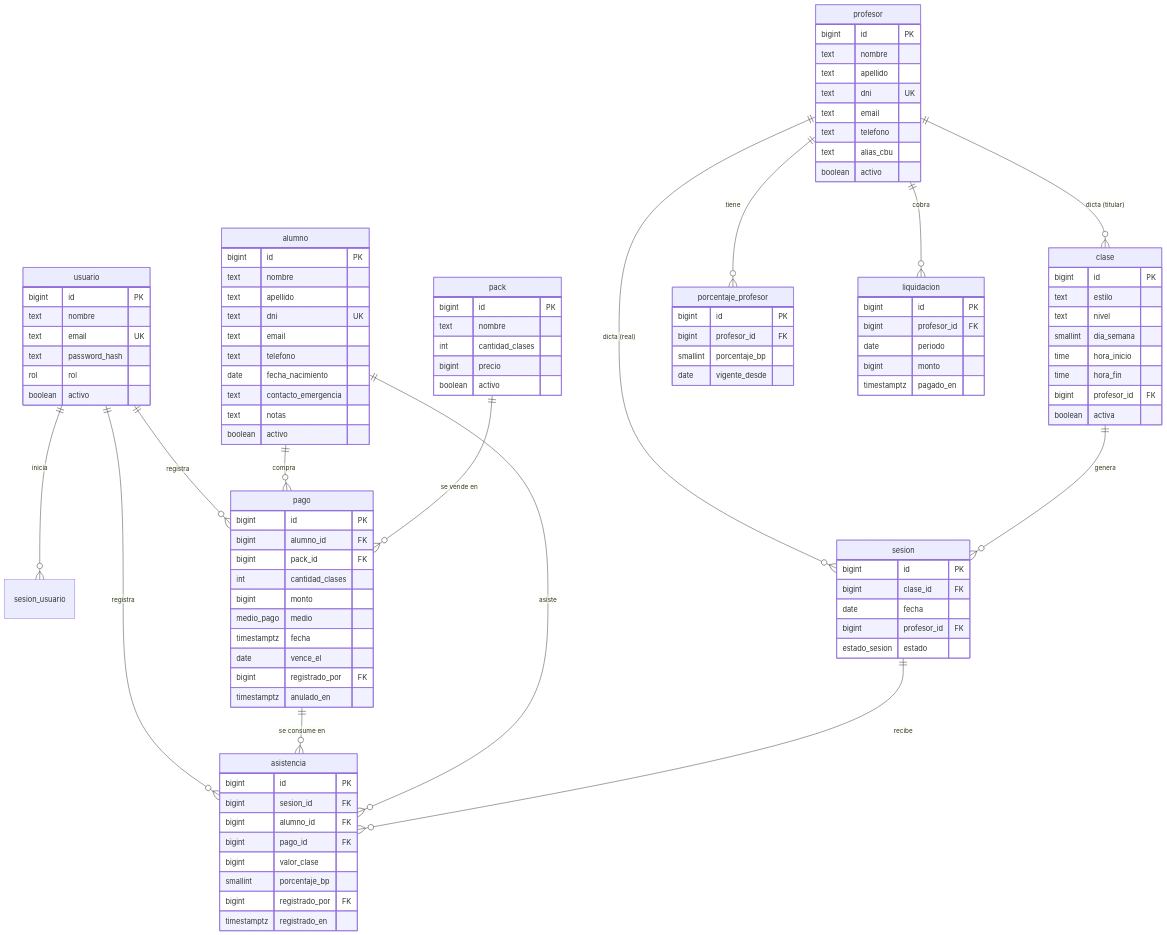
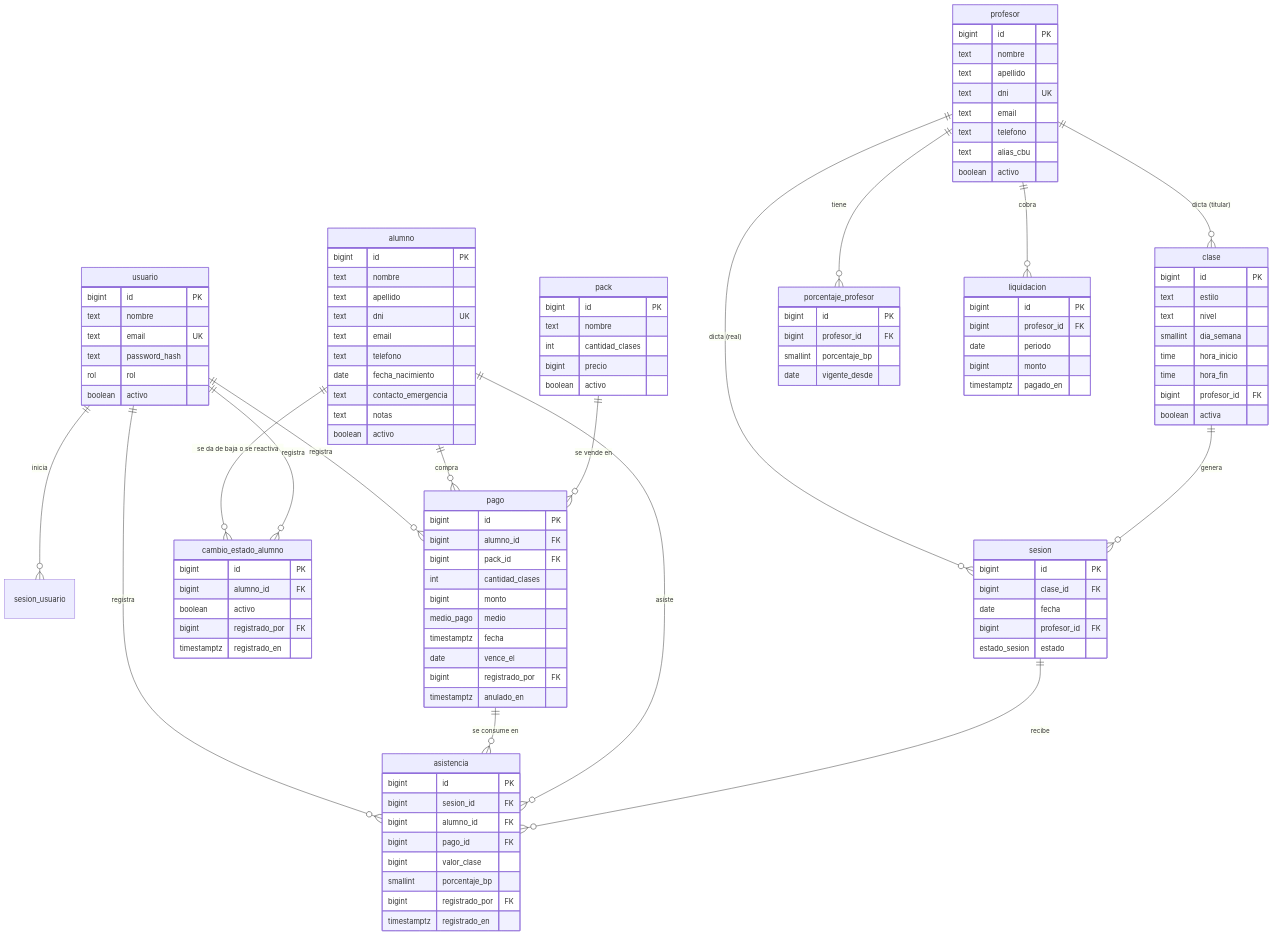
One commit to Juanrar/studio-manager changed the diagram in docs/estructura de base de datos.md. Above: the diagram before and after it, drawn with Mermaid. The commit also changed other lines of this file and 15 other files, not shown here.

```diff
--- a/docs/estructura de base de datos.md
+++ b/docs/estructura de base de datos.md
@@ -41,6 +41,8 @@
     pack ||--o{ pago : "se vende en"
     pago ||--o{ asistencia : "se consume en"
     alumno ||--o{ asistencia : asiste
+    alumno ||--o{ cambio_estado_alumno : "se da de baja o se reactiva"
+    usuario ||--o{ cambio_estado_alumno : registra
     profesor ||--o{ clase : "dicta (titular)"
     profesor ||--o{ sesion : "dicta (real)"
     profesor ||--o{ porcentaje_profesor : "tiene"
@@ -67,6 +69,13 @@
         text contacto_emergencia
         text notas
         boolean activo
+    }
+    cambio_estado_alumno {
+        bigint id PK
+        bigint alumno_id FK
+        boolean activo
+        bigint registrado_por FK
+        timestamptz registrado_en
     }
     profesor {
         bigint id PK
```
